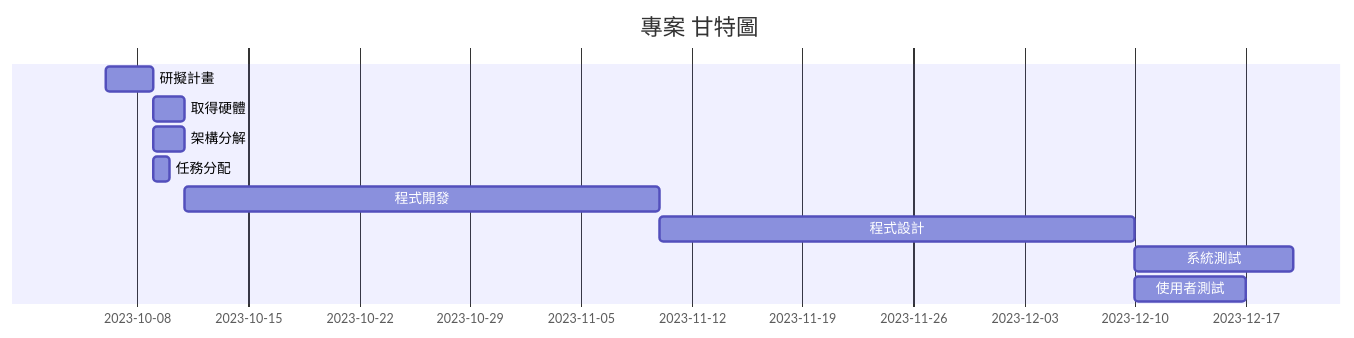
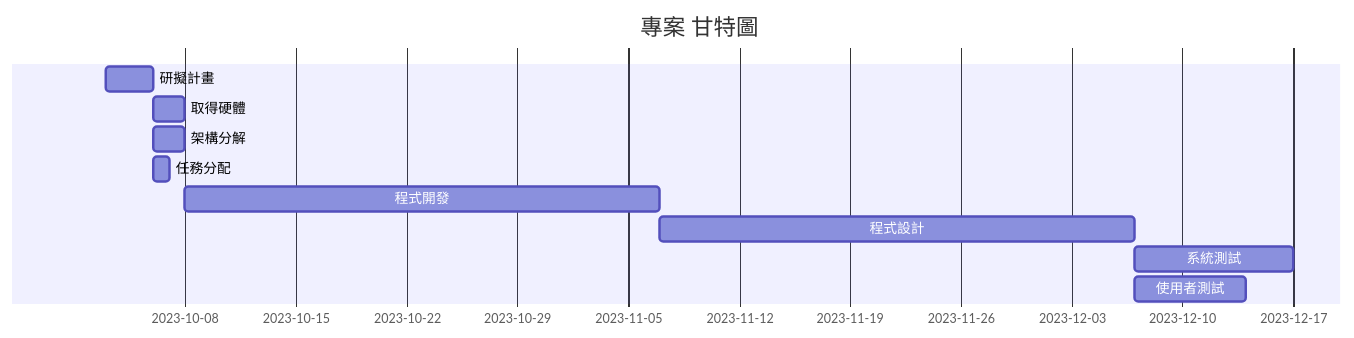
One commit to c110118248/Technology_14 changed the diagram in team-hw2.md. Above: the diagram before and after it, drawn with Mermaid.

````diff
--- a/team-hw2.md
+++ b/team-hw2.md
@@ -4,14 +4,14 @@
 ```mermaid
 gantt
     title 專案 甘特圖
 
-    研擬計畫     : a1 , 2023-10-06 , 3d
+    研擬計畫     : a1 , 2023-10-03 , 3d
     取得硬體     : a2 , after a1 , 2d
     架構分解     : a3 , after a1 , 2d
     任務分配     : a4 , after a1 , 1d
     程式開發     : a5 , after a2 , 30d
     程式設計     : a6 , after a5 , 30d
     系統測試     : a7 , after a6 , 10d
     使用者測試   : a8 , after a6 , 7d
 
 ```
````
